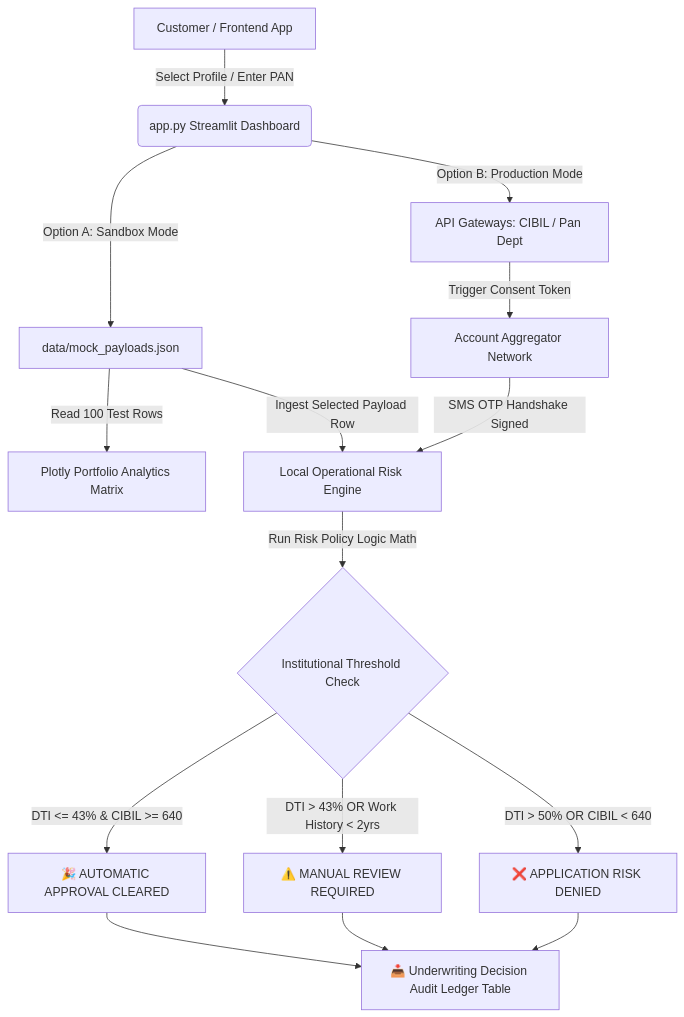
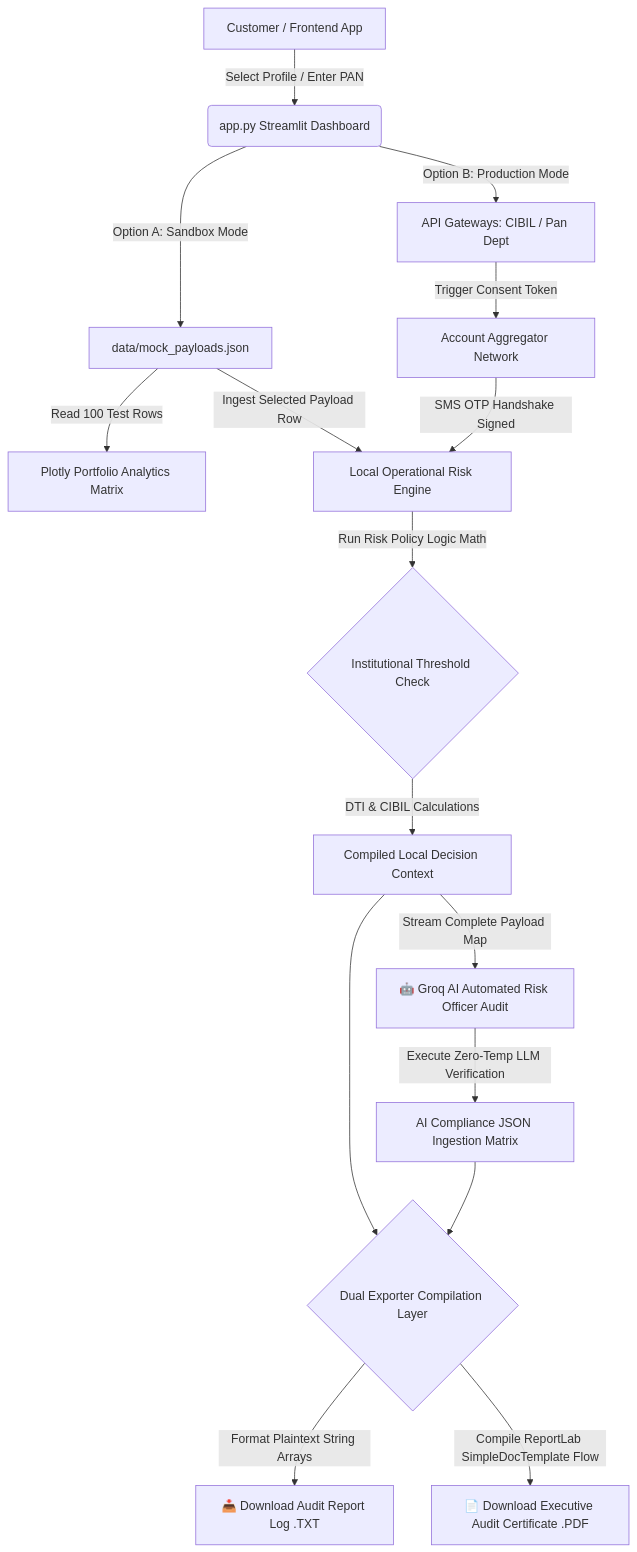
The diagram in README.md (SRINIVASTA/loan-ai-underwriter), drawn with Mermaid before and after one commit. The commit also changed other lines of this file, not shown here.

````diff
--- a/README.md
+++ b/README.md
@@ -50,22 +51,29 @@
 ```mermaid
 graph TD
     A[Customer / Frontend App] -->|Select Profile / Enter PAN| B(app.py Streamlit Dashboard)
     
     %% Option A Routing
     B -->|Option A: Sandbox Mode| C[data/mock_payloads.json]
     C -->|Read 100 Test Rows| D[Plotly Portfolio Analytics Matrix]
     C -->|Ingest Selected Payload Row| G[Local Operational Risk Engine]
 
     %% Option B Routing
     B -->|Option B: Production Mode| E[API Gateways: CIBIL / Pan Dept]
     E -->|Trigger Consent Token| F[Account Aggregator Network]
     F -->|SMS OTP Handshake Signed| G
     
-    %% Processing & Ledger Ingestion
+    %% Processing & Threshold logic
     G -->|Run Risk Policy Logic Math| H{Institutional Threshold Check}
-    H -->|DTI <= 43% & CIBIL >= 640| I[🎉 AUTOMATIC APPROVAL CLEARED]
-    H -->|DTI > 43% OR Work History < 2yrs| J[⚠️ MANUAL REVIEW REQUIRED]
-    H -->|DTI > 50% OR CIBIL < 640| K[❌ APPLICATION RISK DENIED]
+    H -->|DTI & CIBIL Calculations| M[Compiled Local Decision Context]
     
-    I & J & K --> L[📥 Underwriting Decision Audit Ledger Table]
+    %% Groq AI Auditor Core Integration Pipeline
+    M -->|Stream Complete Payload Map| I[🤖 Groq AI Automated Risk Officer Audit]
+    I -->|Execute Zero-Temp LLM Verification| J[AI Compliance JSON Ingestion Matrix]
+    
+    %% Comprehensive Compilation Node
+    M & J --> K{Dual Exporter Compilation Layer}
+    
+    %% Export Generation Framework Delivery Nodes
+    K -->|Format Plaintext String Arrays| L[📥 Download Audit Report Log .TXT]
+    K -->|Compile ReportLab SimpleDocTemplate Flow| N[📄 Download Executive Audit Certificate .PDF]
 ```
````
